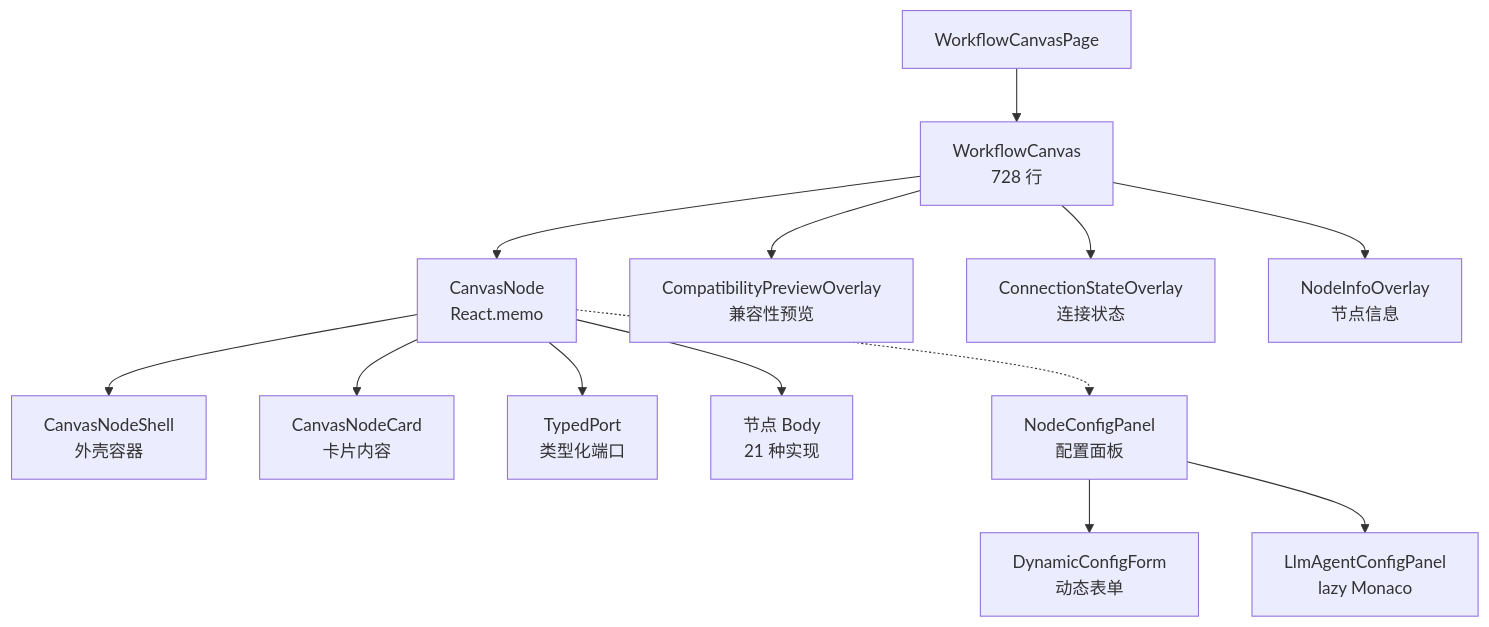
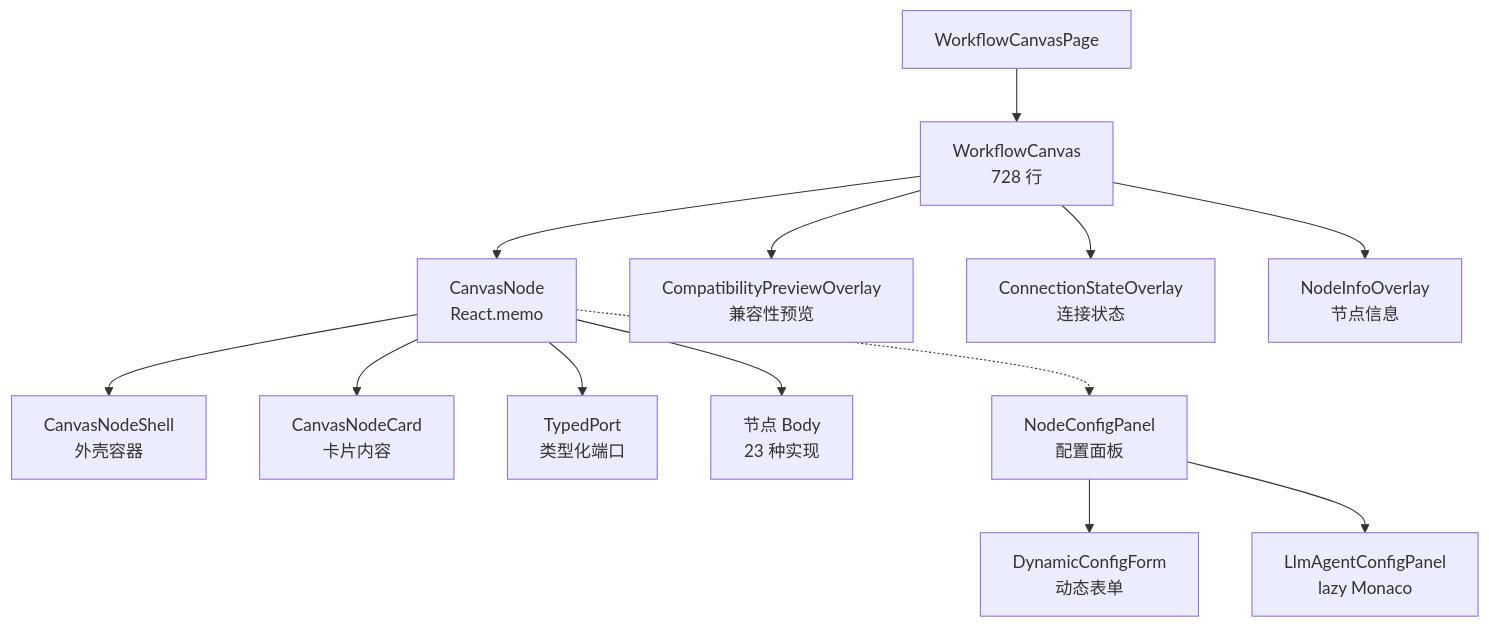
Before and after one commit to Lynricsy/AgentLoom: the second of 2 diagrams in agentloom-docs/zh/studio/canvas.md, drawn with Mermaid. The commit also changed other lines of this file and 6 other files, not shown here.

````diff
--- a/agentloom-docs/zh/studio/canvas.md
+++ b/agentloom-docs/zh/studio/canvas.md
@@ -128,21 +137,21 @@
 ```mermaid
 graph TB
     WCP[WorkflowCanvasPage]
     WC[WorkflowCanvas<br/>728 行]
     CN[CanvasNode<br/>React.memo]
 
     WCP --> WC
     WC --> CN
     CN --> Shell[CanvasNodeShell<br/>外壳容器]
     CN --> Card[CanvasNodeCard<br/>卡片内容]
     CN --> Port[TypedPort<br/>类型化端口]
-    CN --> Body[节点 Body<br/>21 种实现]
+    CN --> Body[节点 Body<br/>23 种实现]
 
     WC --> Overlay1[CompatibilityPreviewOverlay<br/>兼容性预览]
     WC --> Overlay2[ConnectionStateOverlay<br/>连接状态]
     WC --> Overlay3[NodeInfoOverlay<br/>节点信息]
 
     CN -.-> Panel[NodeConfigPanel<br/>配置面板]
     Panel --> DynForm[DynamicConfigForm<br/>动态表单]
     Panel --> LlmPanel[LlmAgentConfigPanel<br/>lazy Monaco]
 ```
````
